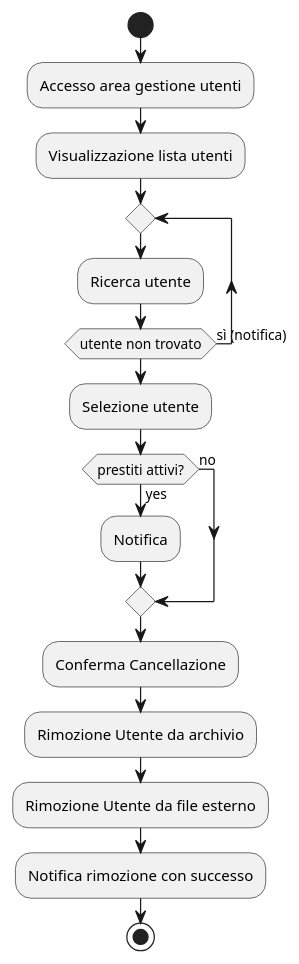
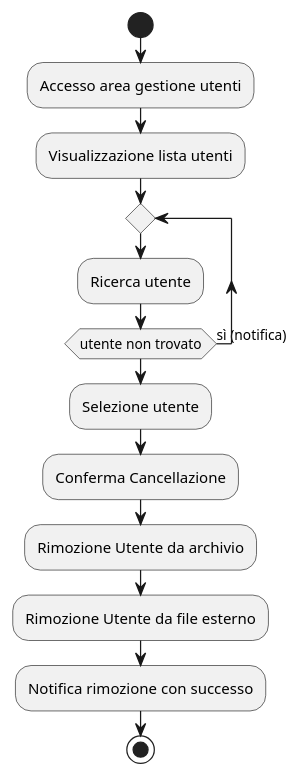
Before and after one commit to amalinconico6-cpu/Biblioteca_universitaria_10: the diagram in Progettazione/AllDiagramsCode/ActivityDiagramsCode/CancellazioneUtente.wsd, drawn with PlantUML. The commit also changed 3 other files, not shown here.

```diff
--- a/Progettazione/AllDiagramsCode/ActivityDiagramsCode/CancellazioneUtente.wsd
+++ b/Progettazione/AllDiagramsCode/ActivityDiagramsCode/CancellazioneUtente.wsd
@@ -1,21 +1,17 @@
 @startuml CancellazioneUtente
 start 
 :Accesso area gestione utenti;
 :Visualizzazione lista utenti;
 repeat 
 :Ricerca utente;
 repeat while (utente non trovato) is (sì (notifica))
 
 :Selezione utente;
-if(prestiti attivi?) then (yes)
-:Notifica;
-else (no)
-endif
 
 :Conferma Cancellazione;
 :Rimozione Utente da archivio;
 :Rimozione Utente da file esterno;
 :Notifica rimozione con successo;
 
 stop 
 @enduml 
```
